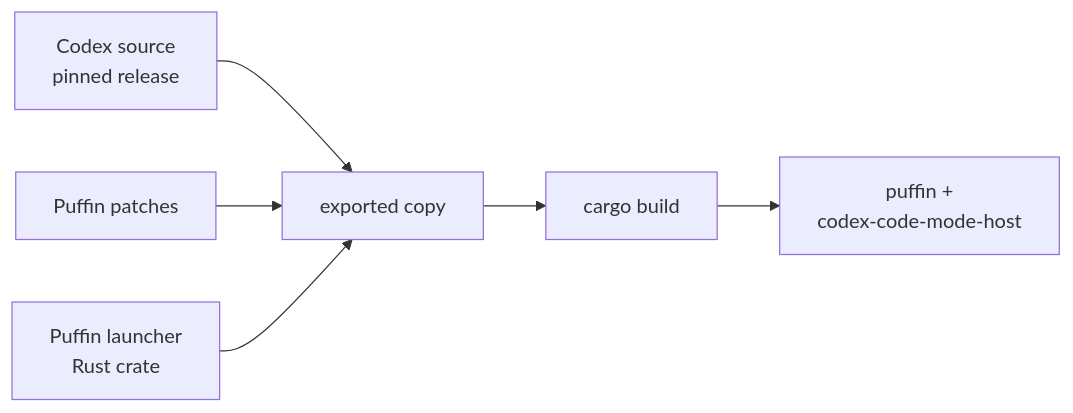
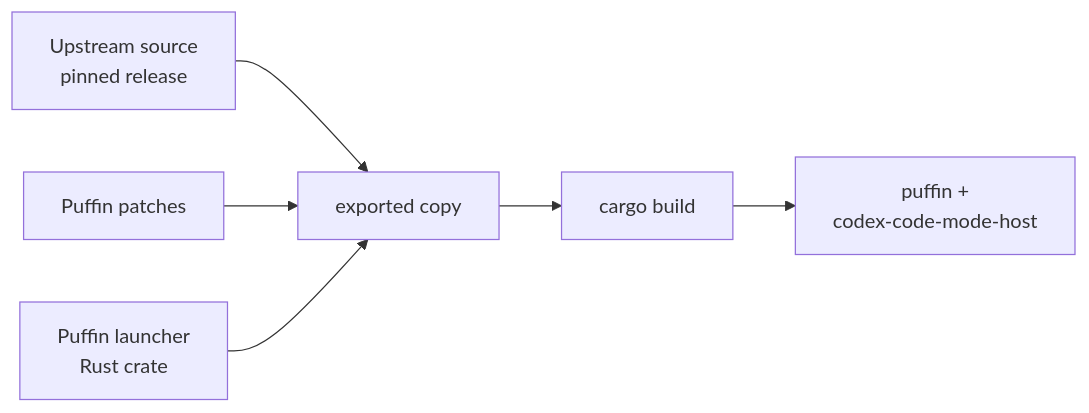
The second of 2 diagrams in docs/architecture.md (dreamference/mightling), drawn with Mermaid before and after one commit. The commit also changed other lines of this file and 17 other files, not shown here.

````diff
--- a/docs/architecture.md
+++ b/docs/architecture.md
@@ -44,7 +44,7 @@
 ```mermaid
 flowchart LR
-    C[Codex source<br/>pinned release] --> E[exported copy]
+    C[Upstream source<br/>pinned release] --> E[exported copy]
     P[Puffin patches] --> E
     L[Puffin launcher<br/>Rust crate] --> E
     E --> X[cargo build] --> Y[puffin +<br/>codex-code-mode-host]
 ```
````
